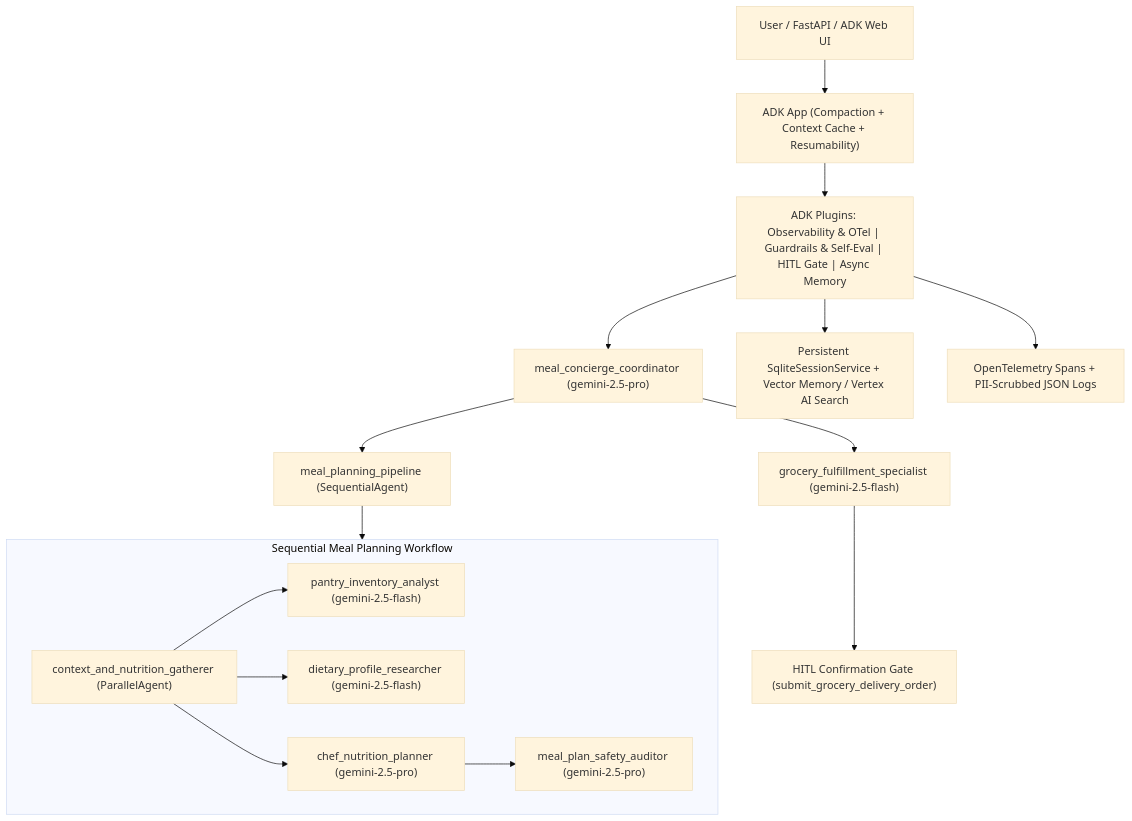
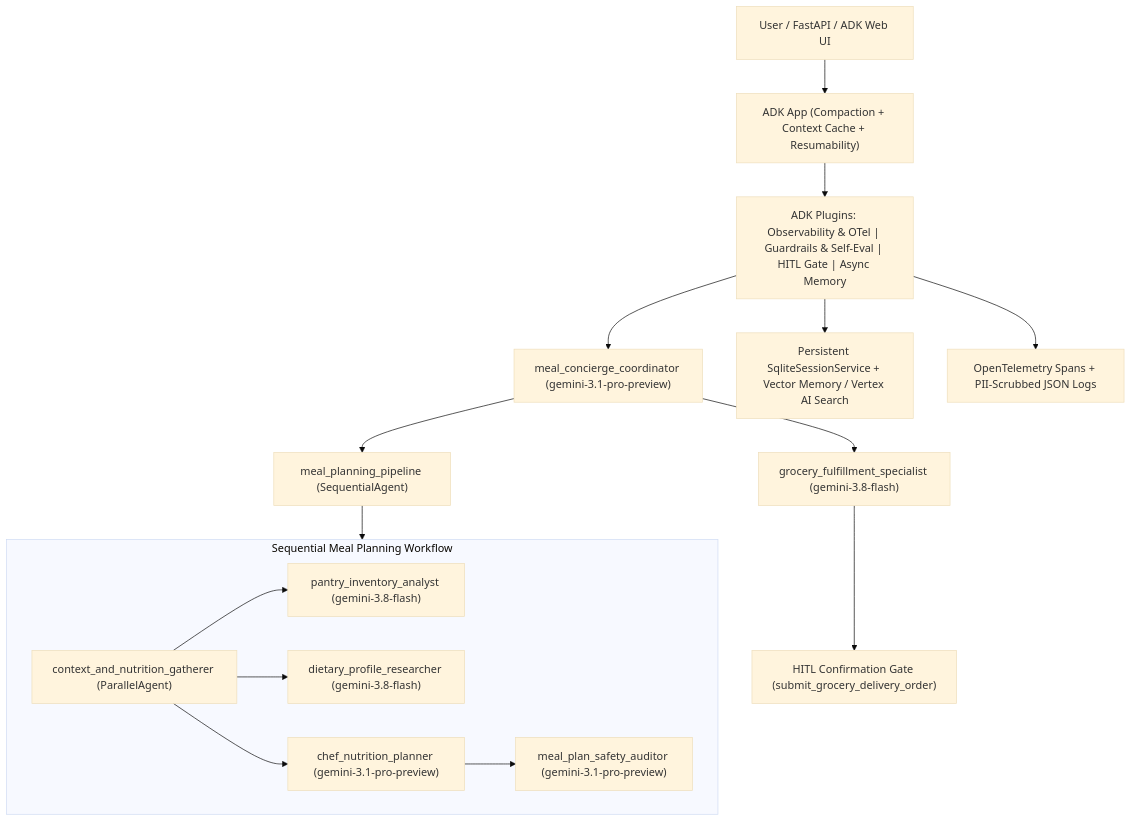
The diagram in README.md (karishmabuilds/l200), drawn with Mermaid (base theme) before and after one commit. The commit also changed other lines of this file and 6 other files, not shown here.

Commit message:
Update default Vertex AI model routing to gemini-3.8-flash and gemini-3.1-pro-preview

````diff
--- a/README.md
+++ b/README.md
@@ -17,27 +17,27 @@
 ```mermaid
 flowchart TD
     User["User / FastAPI / ADK Web UI"] --> App["ADK App (Compaction + Context Cache + Resumability)"]
     App --> Plugins["ADK Plugins: Observability & OTel | Guardrails & Self-Eval | HITL Gate | Async Memory"]
-    Plugins --> Coord["meal_concierge_coordinator (gemini-2.5-pro)"]
+    Plugins --> Coord["meal_concierge_coordinator (gemini-3.1-pro-preview)"]
 
     Coord --> Pipeline["meal_planning_pipeline (SequentialAgent)"]
-    Coord --> Grocery["grocery_fulfillment_specialist (gemini-2.5-flash)"]
+    Coord --> Grocery["grocery_fulfillment_specialist (gemini-3.8-flash)"]
 
     subgraph PipelineSteps ["Sequential Meal Planning Workflow"]
         Parallel["context_and_nutrition_gatherer (ParallelAgent)"]
-        Pantry["pantry_inventory_analyst (gemini-2.5-flash)"]
-        Profile["dietary_profile_researcher (gemini-2.5-flash)"]
-        Chef["chef_nutrition_planner (gemini-2.5-pro)"]
-        Auditor["meal_plan_safety_auditor (gemini-2.5-pro)"]
+        Pantry["pantry_inventory_analyst (gemini-3.8-flash)"]
+        Profile["dietary_profile_researcher (gemini-3.8-flash)"]
+        Chef["chef_nutrition_planner (gemini-3.1-pro-preview)"]
+        Auditor["meal_plan_safety_auditor (gemini-3.1-pro-preview)"]
 
         Parallel --> Pantry
         Parallel --> Profile
         Parallel --> Chef
         Chef --> Auditor
     end
 
     Pipeline --> PipelineSteps
     Grocery --> HITL["HITL Confirmation Gate (submit_grocery_delivery_order)"]
     Plugins --> SessionDB["Persistent SqliteSessionService + Vector Memory / Vertex AI Search"]
     Plugins --> OTel["OpenTelemetry Spans + PII-Scrubbed JSON Logs"]
 ```
````
